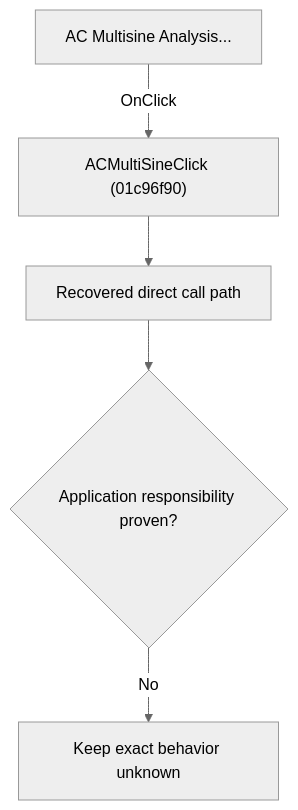
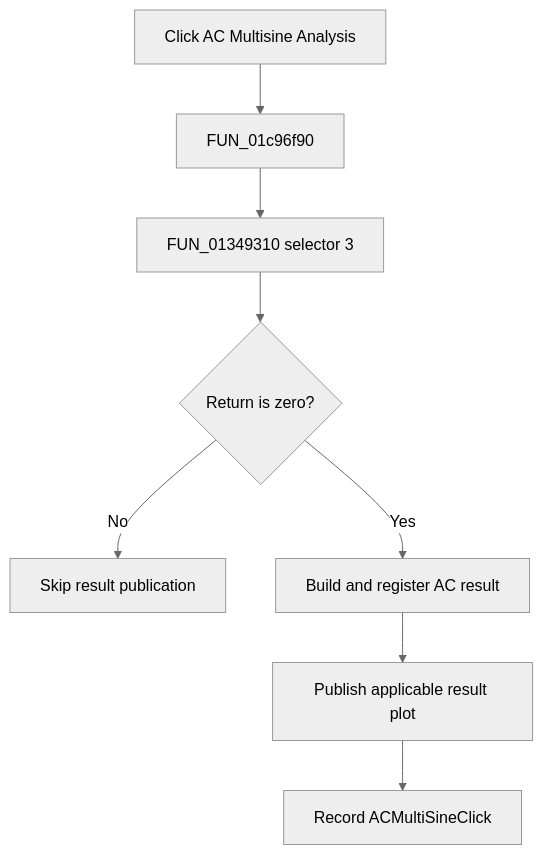
One commit to MovGP0/TIARA changed the diagram in docs/ui-controls/schematiceditor/acmultisine-38f372449a.md. Above: the diagram before and after it, drawn with Mermaid (neutral theme). The commit also changed other lines of this file and 241 other files, not shown here.

````diff
--- a/docs/ui-controls/schematiceditor/acmultisine-38f372449a.md
+++ b/docs/ui-controls/schematiceditor/acmultisine-38f372449a.md
@@ -27,7 +27,10 @@
 ```mermaid
 flowchart TD
-    control["AC Multisine Analysis..."] -->|"OnClick"| handler["ACMultiSineClick (01c96f90)"]
-    handler --> recovered["Recovered direct call path"]
-    recovered --> gap{"Application responsibility proven?"}
-    gap -->|"No"| blocked["Keep exact behavior unknown"]
+    control["Click AC Multisine Analysis"] --> handler["FUN_01c96f90"]
+    handler --> setup["FUN_01349310 selector 3"]
+    setup --> zero{"Return is zero?"}
+    zero -->|"No"| stop["Skip result publication"]
+    zero -->|"Yes"| result["Build and register AC result"]
+    result --> plot["Publish applicable result plot"]
+    plot --> record["Record ACMultiSineClick"]
 ```
````
